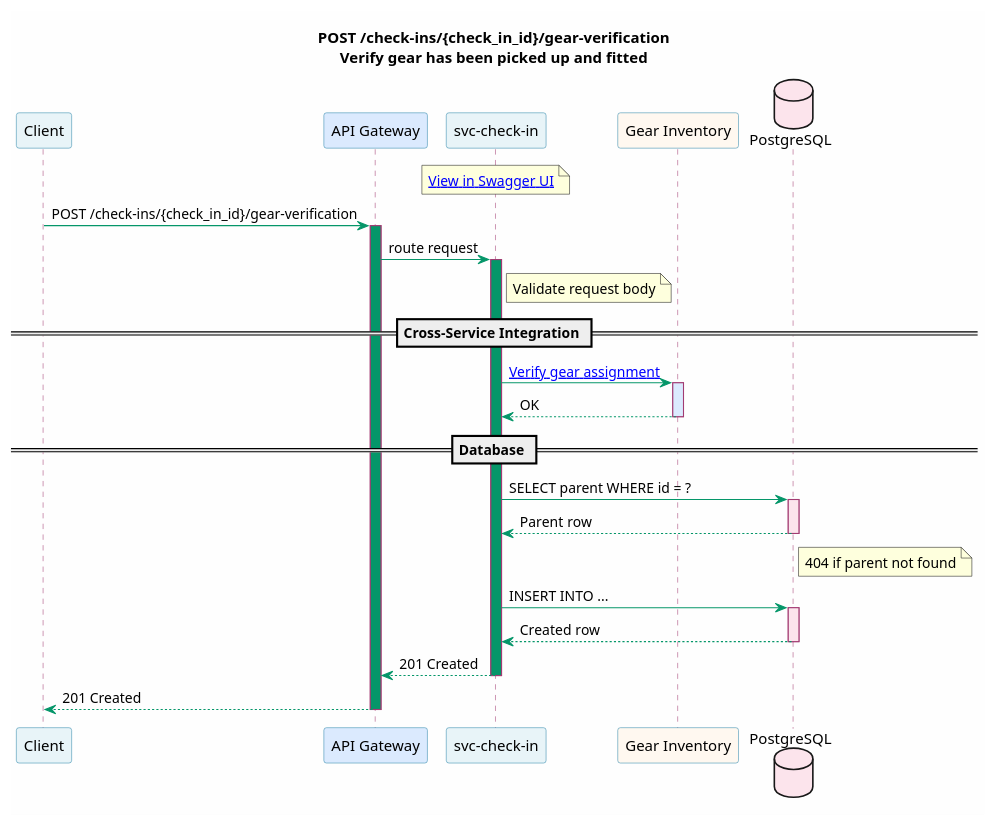
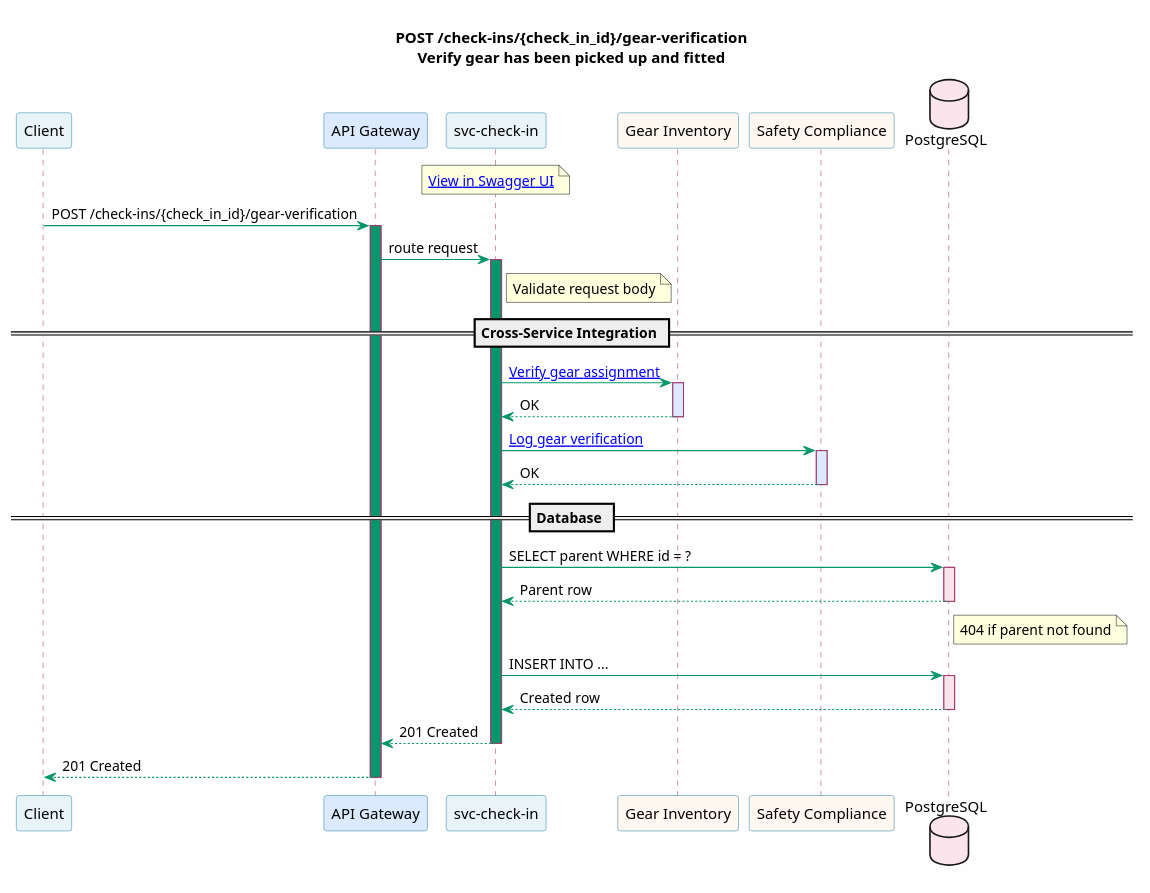
One commit to christopherblaisdell/continuous-architecture-platform-poc changed the diagram in portal/site/microservices/puml/svc-check-in--post-check-ins-check_in_id-gear-verification.puml. Above: the diagram before and after it, drawn with PlantUML. The commit also changed 188 other files, not shown here.

Commit message:
added more complex sequence diagrams

```diff
--- a/portal/site/microservices/puml/svc-check-in--post-check-ins-check_in_id-gear-verification.puml
+++ b/portal/site/microservices/puml/svc-check-in--post-check-ins-check_in_id-gear-verification.puml
@@ -1,61 +1,67 @@
 @startuml svc-check-in--post-check-ins-check_in_id-gear-verification
 
 skinparam backgroundColor #FEFEFE
 skinparam shadowing false
 skinparam defaultFontName "Segoe UI"
 skinparam sequence {
     ArrowColor #059669
     ParticipantBorderColor #2E86AB
     ParticipantBackgroundColor #E8F4F8
     LifeLineBorderColor #A23B72
     BoxBorderColor #F18F01
     BoxBackgroundColor #FFF8F0
     NoteBorderColor #c77b30
     NoteBackgroundColor #FEF3E7
 }
 
 title POST /check-ins/{check_in_id}/gear-verification\nVerify gear has been picked up and fitted
 
 participant "Client" as Client
 participant "API Gateway" as GW #DBEAFE
 participant "svc-check-in" as Svc [[/microservices/svc-check-in/]] #E8F4F8
 participant "Gear Inventory" as Gear [[/microservices/svc-gear-inventory/]] #FFF8F0
+participant "Safety Compliance" as Safety [[/microservices/svc-safety-compliance/]] #FFF8F0
 database "PostgreSQL" as DB #FCE4EC
 
 note over Svc
   [[/services/api/svc-check-in.html#/Check-Ins/verifyGear View in Swagger UI]]
 end note
 
 Client -> GW : POST /check-ins/{check_in_id}/gear-verification
 activate GW #059669
 GW -> Svc : route request
 activate Svc #059669
 
 note right of Svc : Validate request body
 
 == Cross-Service Integration ==
 
 Svc -> Gear : [[/microservices/svc-gear-inventory/#get-gear-assignmentsassignment_id-get-gear-assignment-details Verify gear assignment]]
 activate Gear #DBEAFE
 Gear --> Svc : OK
 deactivate Gear
 
+Svc -> Safety : [[/microservices/svc-safety-compliance/#post-incidents-file-an-incident-report Log gear verification]]
+activate Safety #DBEAFE
+Safety --> Svc : OK
+deactivate Safety
+
 == Database ==
 
 Svc -> DB : SELECT parent WHERE id = ?
 activate DB #FCE4EC
 DB --> Svc : Parent row
 deactivate DB
 note right of DB : 404 if parent not found
 
 Svc -> DB : INSERT INTO ...
 activate DB #FCE4EC
 DB --> Svc : Created row
 deactivate DB
 
 Svc --> GW : 201 Created
 deactivate Svc
 GW --> Client : 201 Created
 deactivate GW
 
 @enduml
```
